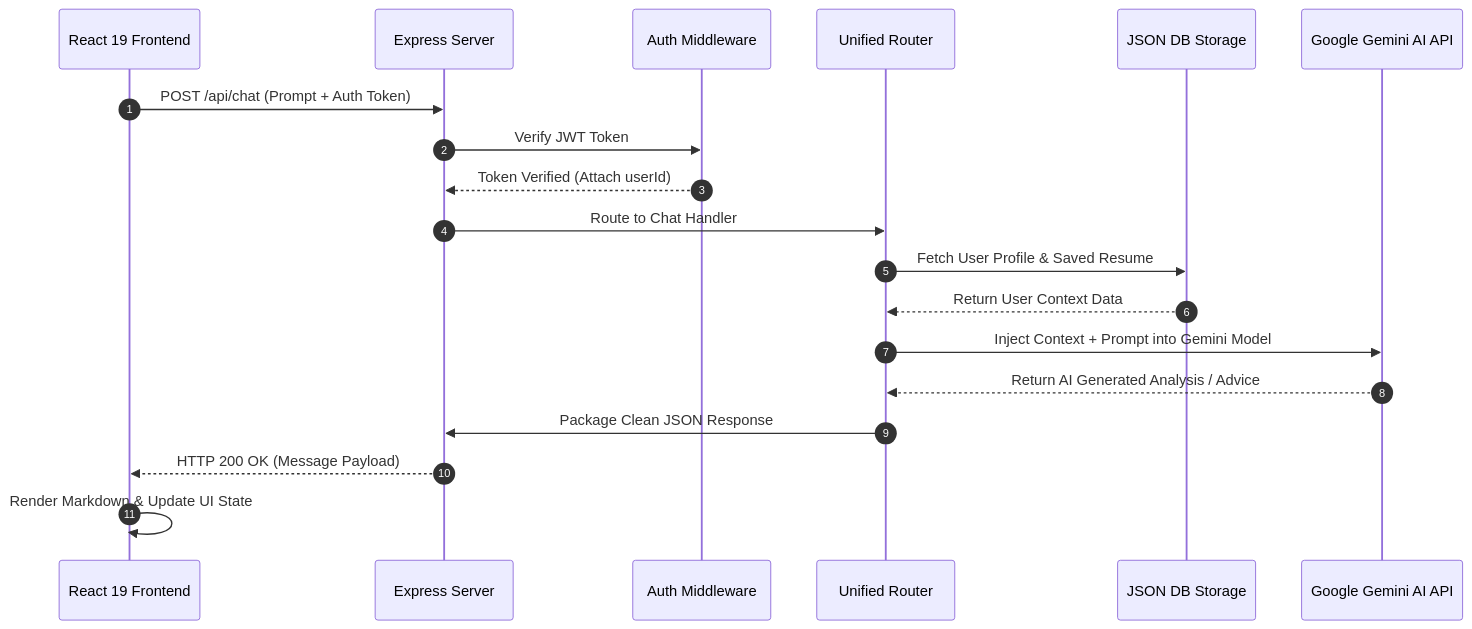
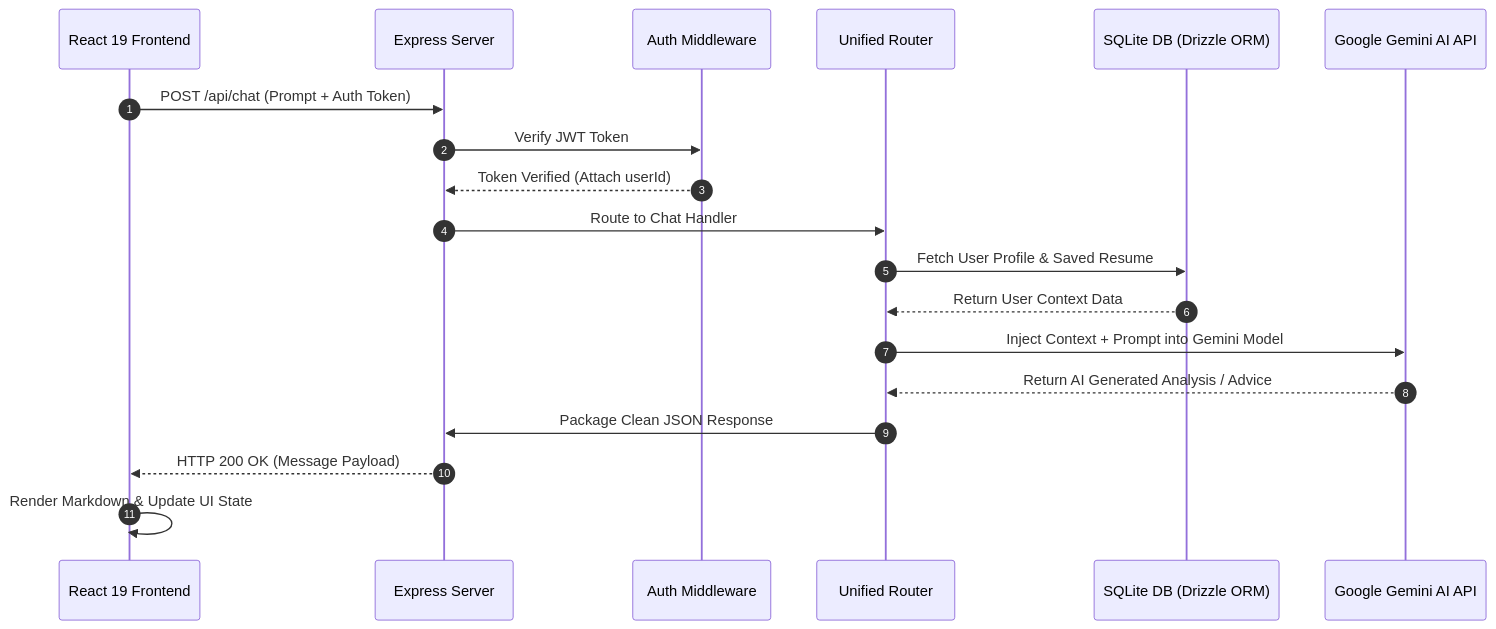
One commit to sachin-saroj/college-project-career-guidance changed the second of 2 diagrams in README.md. Above: the diagram before and after it, drawn with Mermaid. The commit also changed other lines of this file and 9 other files, not shown here.

Commit message:
feat: integrate SQLite with Drizzle ORM and auto-migration

````diff
--- a/README.md
+++ b/README.md
@@ -173,22 +173,22 @@
 ```mermaid
 sequenceDiagram
     autonumber
     participant Client as React 19 Frontend
     participant Server as Express Server
     participant Auth as Auth Middleware
     participant Router as Unified Router
-    participant DB as JSON DB Storage
+    participant DB as SQLite DB (Drizzle ORM)
     participant Gemini as Google Gemini AI API
 
     Client->>Server: POST /api/chat (Prompt + Auth Token)
     Server->>Auth: Verify JWT Token
     Auth-->>Server: Token Verified (Attach userId)
     Server->>Router: Route to Chat Handler
     Router->>DB: Fetch User Profile & Saved Resume
     DB-->>Router: Return User Context Data
     Router->>Gemini: Inject Context + Prompt into Gemini Model
     Gemini-->>Router: Return AI Generated Analysis / Advice
     Router->>Server: Package Clean JSON Response
     Server-->>Client: HTTP 200 OK (Message Payload)
     Client->>Client: Render Markdown & Update UI State
 ```
````
